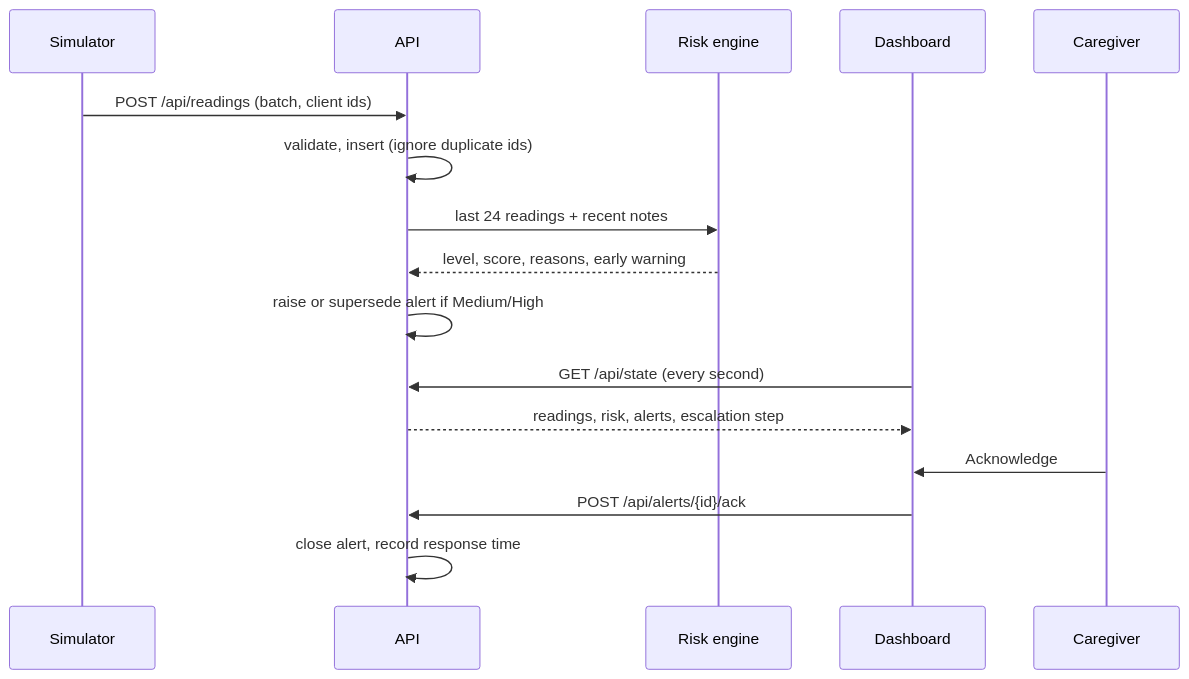
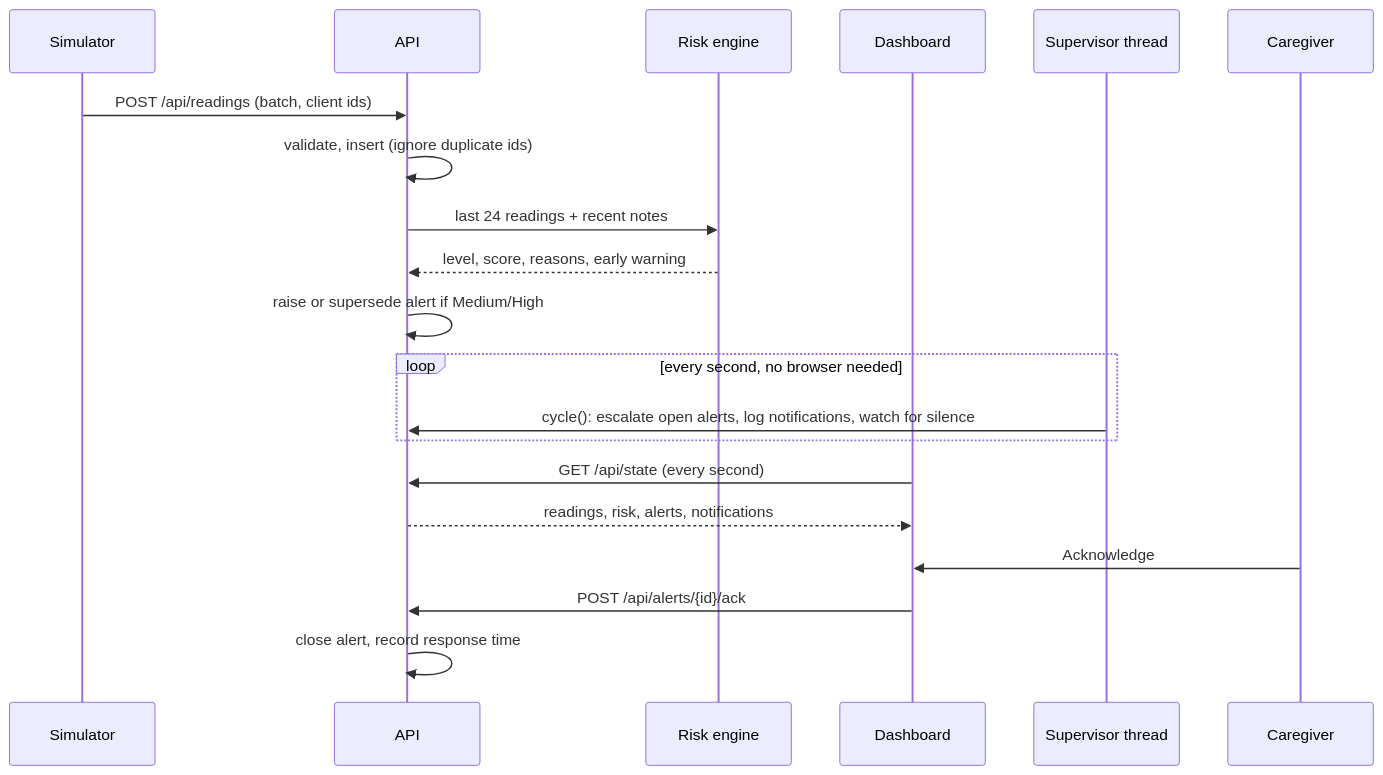
Before and after one commit to satyam-64136/Ward-Zero: the diagram in docs/ARCHITECTURE.md, drawn with Mermaid. The commit also changed other lines of this file and 25 other files, not shown here.

Commit message:
Add supervisor thread, simulated notification log and signal-loss alert; 33 tests, e2e check, ADRs, code tour, updated docs and diagrams new

````diff
--- a/docs/ARCHITECTURE.md
+++ b/docs/ARCHITECTURE.md
@@ -21,18 +22,22 @@
 ```mermaid
 sequenceDiagram
     participant S as Simulator
     participant A as API
     participant R as Risk engine
     participant D as Dashboard
+    participant V as Supervisor thread
     participant C as Caregiver
     S->>A: POST /api/readings (batch, client ids)
     A->>A: validate, insert (ignore duplicate ids)
     A->>R: last 24 readings + recent notes
     R-->>A: level, score, reasons, early warning
     A->>A: raise or supersede alert if Medium/High
+    loop every second, no browser needed
+        V->>A: cycle(): escalate open alerts, log notifications, watch for silence
+    end
     D->>A: GET /api/state (every second)
-    A-->>D: readings, risk, alerts, escalation step
+    A-->>D: readings, risk, alerts, notifications
     C->>D: Acknowledge
     D->>A: POST /api/alerts/{id}/ack
     A->>A: close alert, record response time
 ```
````
